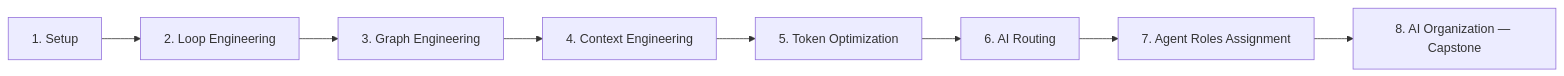
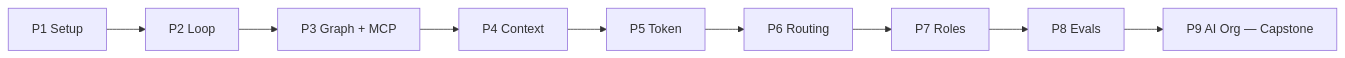
Before and after one commit to punyanagari/construct: the diagram in ROADMAP.md, drawn with Mermaid. The commit also changed other lines of this file and 4 other files, not shown here.

First line of the commit message:
Roadmap v2: 9 phases (Evals P8, capstone P9), slimmed P1, security thread, owner-in-the-loop protocol

````diff
--- a/ROADMAP.md
+++ b/ROADMAP.md
@@ -11,10 +25,5 @@
 ```mermaid
 graph LR
-    A[1. Setup] --> B[2. Loop Engineering]
-    B --> C[3. Graph Engineering]
-    C --> D[4. Context Engineering]
-    D --> E[5. Token Optimization]
-    E --> F[6. AI Routing]
-    F --> G[7. Agent Roles Assignment]
-    G --> H[8. AI Organization — Capstone]
+    A[P1 Setup] --> B[P2 Loop] --> C[P3 Graph + MCP] --> D[P4 Context] --> E[P5 Token]
+    E --> F[P6 Routing] --> G[P7 Roles] --> H[P8 Evals] --> I[P9 AI Org — Capstone]
 ```
````
